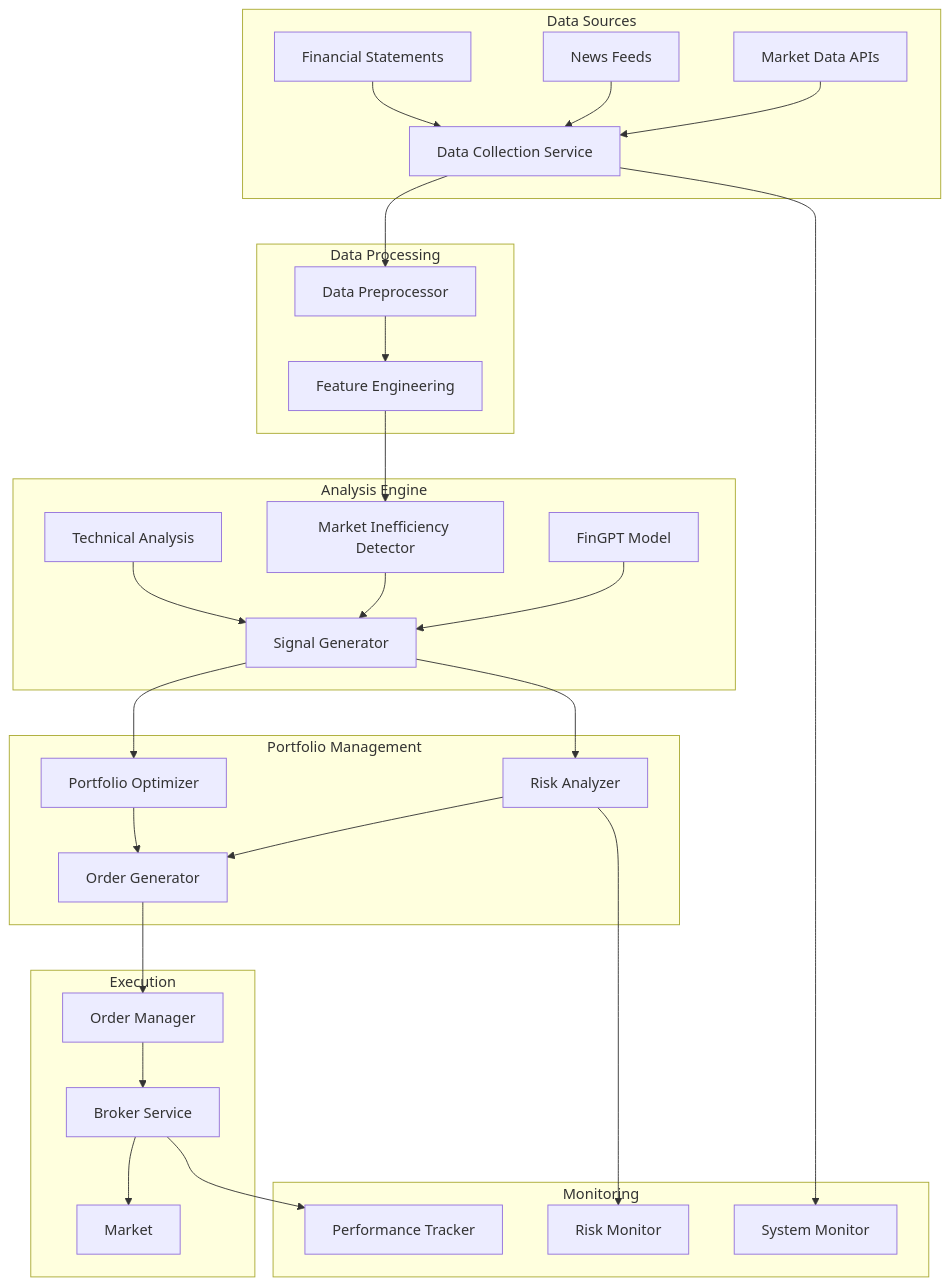
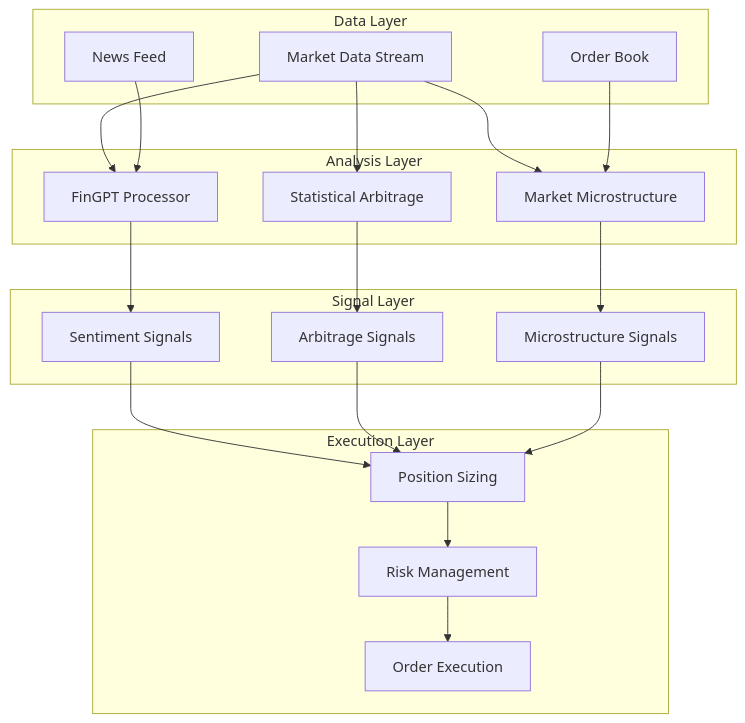
The diagram in README.md (ashioyajotham/fingpt_trader), drawn with Mermaid before and after one commit. The commit also changed other lines of this file and 10 other files, not shown here.

````diff
--- a/README.md
+++ b/README.md
@@ -14,43 +59,37 @@
 ```mermaid
 graph TD
-    subgraph Data Sources
-        A1[Market Data APIs] --> B1
-        A2[News Feeds] --> B1
-        A3[Financial Statements] --> B1
+    subgraph Data Layer
+        D1[Market Data Stream]
+        D2[News Feed]
+        D3[Order Book]
     end
 
-    subgraph Data Processing
-        B1[Data Collection Service] --> B2[Data Preprocessor]
-        B2 --> B3[Feature Engineering]
+    subgraph Analysis Layer
+        A1[FinGPT Processor]
+        A2[Statistical Arbitrage]
+        A3[Market Microstructure]
     end
 
-    subgraph Analysis Engine
-        C1[FinGPT Model] --> C4
-        B3 --> C2[Market Inefficiency Detector]
-        C2 --> C4[Signal Generator]
-        C3[Technical Analysis] --> C4
+    subgraph Signal Layer
+        S1[Sentiment Signals]
+        S2[Arbitrage Signals]
+        S3[Microstructure Signals]
     end
 
-    subgraph Portfolio Management
-        D1[Risk Analyzer] --> D3
-        D2[Portfolio Optimizer] --> D3[Order Generator]
+    subgraph Execution Layer
+        E1[Position Sizing]
+        E2[Risk Management]
+        E3[Order Execution]
     end
 
-    subgraph Execution
-        D3 --> E1[Order Manager]
-        E1 --> E2[Broker Service]
-        E2 --> E3[Market]
-    end
-
-    subgraph Monitoring
-        F1[Performance Tracker]
-        F2[Risk Monitor]
-        F3[System Monitor]
-    end
-
-    C4 --> D1
-    C4 --> D2
-    E2 --> F1
-    D1 --> F2
-    B1 --> F3
+    D1 --> A1 & A2 & A3
+    D2 --> A1
+    D3 --> A3
+    
+    A1 --> S1
+    A2 --> S2
+    A3 --> S3
+    
+    S1 & S2 & S3 --> E1
+    E1 --> E2 --> E3
 ```
````
